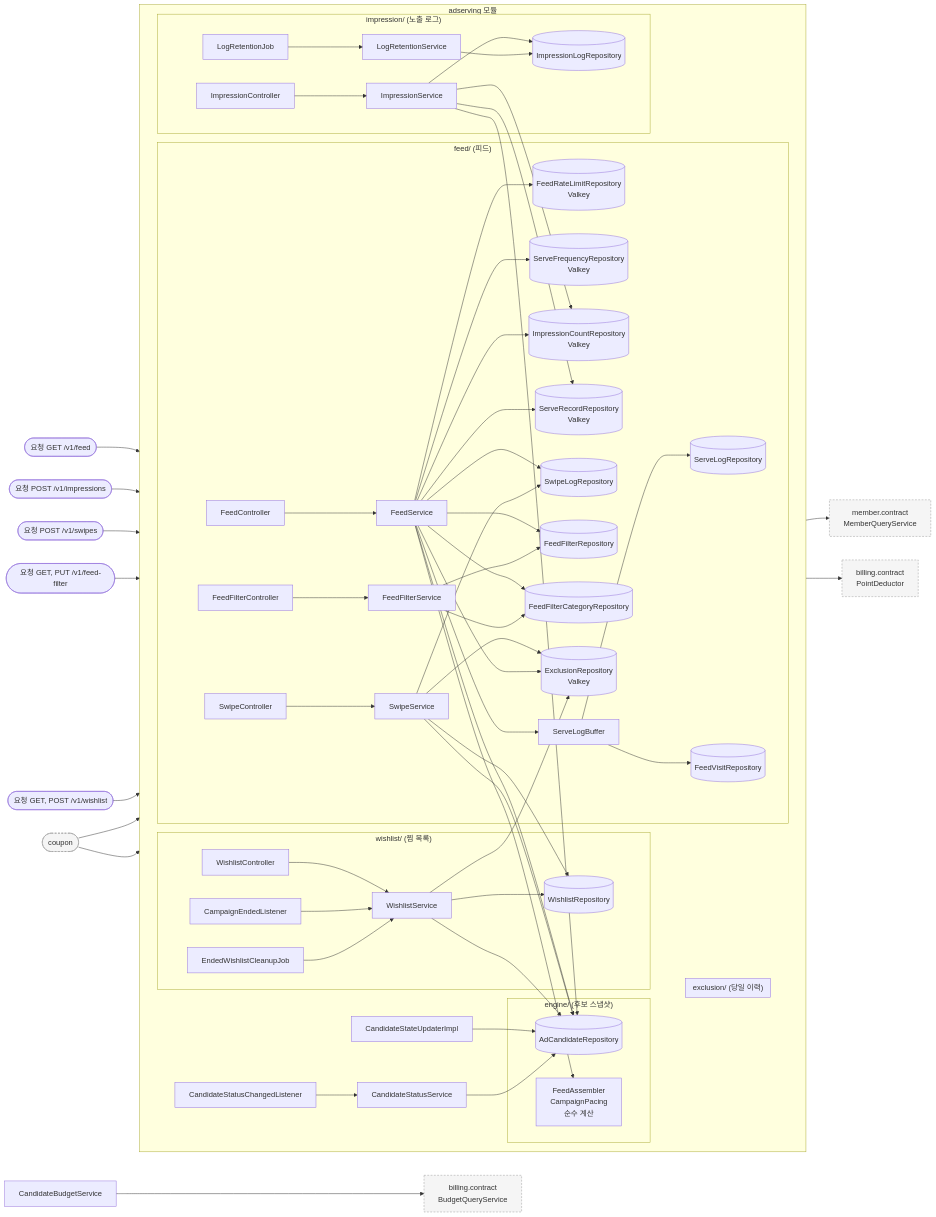
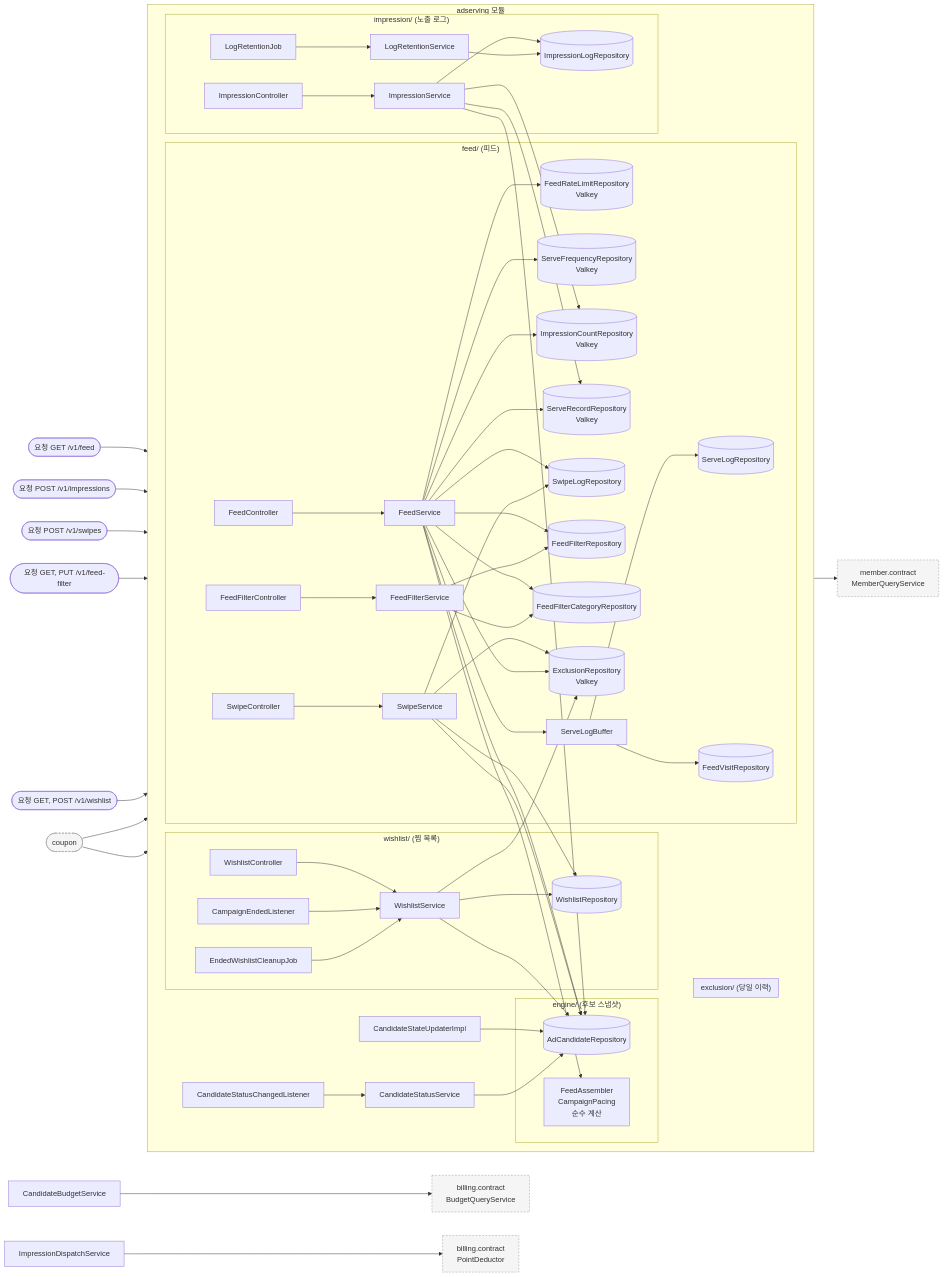
The first of 6 diagrams in docs/design/adserving/adserving_구조와_동작_설계.md (lunch-catch/lc-backend), drawn with Mermaid before and after one commit. The commit also changed other lines of this file and 21 other files, not shown here.

````diff
--- a/docs/design/adserving/adserving_구조와_동작_설계.md
+++ b/docs/design/adserving/adserving_구조와_동작_설계.md
@@ -340,77 +341,77 @@
 ```mermaid
 flowchart LR
     REQ([요청 GET /v1/feed]) --> FC
     REQ2([요청 POST /v1/impressions]) --> IMC
     REQ3([요청 POST /v1/swipes]) --> SWC
     REQ4([요청 GET, PUT /v1/feed-filter]) --> FFCT
     REQ5([요청 GET, POST /v1/wishlist]) --> WC
 
     subgraph adserving["adserving 모듈"]
         direction LR
 
         subgraph feed["feed/ (피드)"]
             FC[FeedController] --> FS[FeedService]
             FS --> RL[("FeedRateLimitRepository<br/>Valkey")]
             FS --> SF[("ServeFrequencyRepository<br/>Valkey")]
             FS --> IC[("ImpressionCountRepository<br/>Valkey")]
             FS --> SR[("ServeRecordRepository<br/>Valkey")]
             FS --> SW[(SwipeLogRepository)]
             FS --> FF[(FeedFilterRepository)]
             FS --> FFC[(FeedFilterCategoryRepository)]
             FFCT[FeedFilterController] --> FFS[FeedFilterService]
             FFS --> FF
             FFS --> FFC
             SWC[SwipeController] --> SWS[SwipeService]
             SWS --> SW
             SWS --> DE
             FS --> SB[ServeLogBuffer]
             SB --> SL[(ServeLogRepository)]
             SB --> FV[(FeedVisitRepository)]
         end
 
         subgraph exclusion["exclusion/ (당일 이력)"]
             DE[("ExclusionRepository<br/>Valkey")]
         end
 
         subgraph engine["engine/ (후보 스냅샷)"]
             AR[(AdCandidateRepository)]
             FA["FeedAssembler<br/>CampaignPacing<br/>순수 계산"]
         end
 
         subgraph wishlist["wishlist/ (찜 목록)"]
             WC[WishlistController] --> WS[WishlistService]
             WL[CampaignEndedListener] --> WS
             WJ[EndedWishlistCleanupJob] --> WS
             WS --> WR[(WishlistRepository)]
         end
 
         CSU[CandidateStateUpdaterImpl] --> AR
         CSL[CandidateStatusChangedListener] --> CSS[CandidateStatusService] --> AR
 
         subgraph impression["impression/ (노출 로그)"]
             IMC[ImpressionController] --> IMS[ImpressionService]
             IMS --> IML[(ImpressionLogRepository)]
             LRJ[LogRetentionJob] --> LRS[LogRetentionService] --> IML
         end
 
         FS --> AR
         FS --> DE
         FS --> FA
         IMS --> SR
         IMS --> IC
         IMS --> AR
         SWS --> WR
         SWS --> AR
         WS --> AR
         WS --> DE
     end
 
     CP([coupon]) --> WS
     CP --> CSU
     FS --> MQ["member.contract<br/>MemberQueryService"]
     CBS[CandidateBudgetService] --> BQ["billing.contract<br/>BudgetQueryService"]
-    IMS --> PD["billing.contract<br/>PointDeductor"]
+    IDS[ImpressionDispatchService] --> PD["billing.contract<br/>PointDeductor"]
 
     classDef out fill:#f5f5f5,stroke:#999,stroke-dasharray:4 3
     class MQ,BQ,PD,CP out
 ```
````
